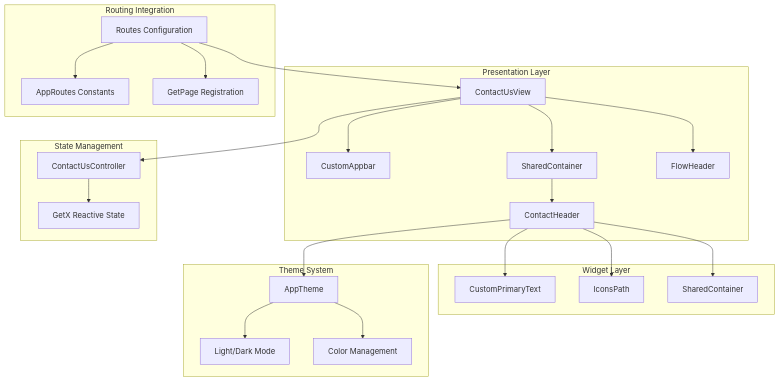
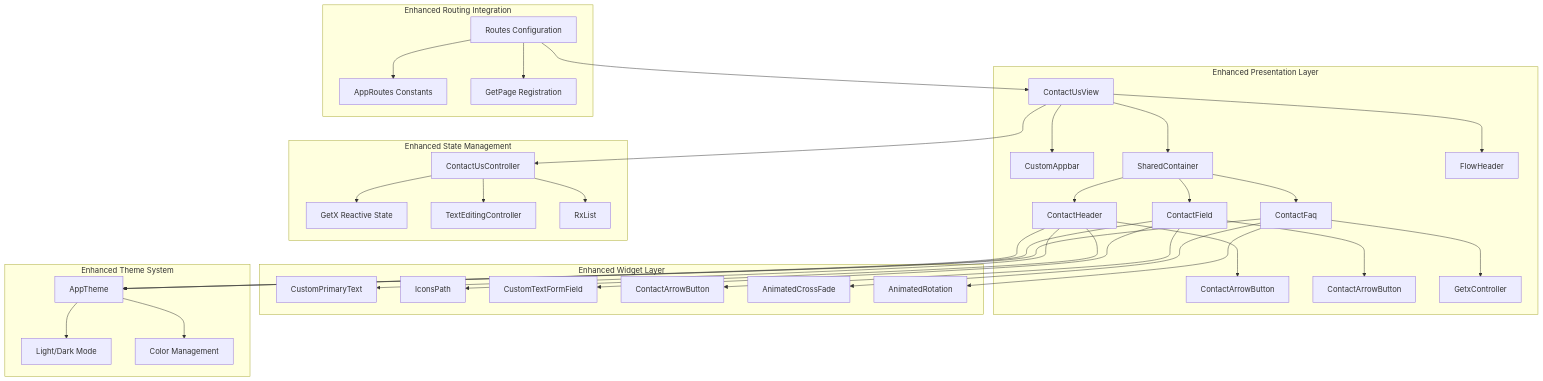
One commit to Ariful3111/FurniGo changed the second of 11 diagrams in .qoder/repowiki/en/content/Core Features/Support and Communication/Contact Us Feature.md. Above: the diagram before and after it, drawn with Mermaid. The commit also changed other lines of this file and 10 other files, not shown here.

````diff
--- a/.qoder/repowiki/en/content/Core Features/Support and Communication/Contact Us Feature.md
+++ b/.qoder/repowiki/en/content/Core Features/Support and Communication/Contact Us Feature.md
@@ -98,28 +139,40 @@
 ```mermaid
 graph TD
-subgraph "Presentation Layer"
+subgraph "Enhanced Presentation Layer"
 A[ContactUsView] --> B[CustomAppbar]
 A --> C[SharedContainer]
 A --> D[FlowHeader]
 C --> E[ContactHeader]
+C --> F[ContactField]
+C --> G[ContactFaq]
+E --> H[ContactArrowButton]
+F --> I[ContactArrowButton]
+G --> J[GetxController]
 end
-subgraph "Widget Layer"
-E --> F[CustomPrimaryText]
-E --> G[IconsPath]
-E --> H[SharedContainer]
+subgraph "Enhanced Widget Layer"
+E --> K[CustomPrimaryText]
+E --> L[IconsPath]
+F --> M[CustomTextFormField]
+F --> N[ContactArrowButton]
+G --> O[AnimatedCrossFade]
+G --> P[AnimatedRotation]
 end
-subgraph "State Management"
-I[ContactUsController] --> J[GetX Reactive State]
+subgraph "Enhanced State Management"
+Q[ContactUsController] --> R[GetX Reactive State]
+Q --> S[TextEditingController]
+Q --> T[RxList<int>]
 end
-subgraph "Routing Integration"
-K[Routes Configuration] --> L[AppRoutes Constants]
-K --> M[GetPage Registration]
+subgraph "Enhanced Routing Integration"
+U[Routes Configuration] --> V[AppRoutes Constants]
+U --> W[GetPage Registration]
 end
-subgraph "Theme System"
-N[AppTheme] --> O[Light/Dark Mode]
-N --> P[Color Management]
+subgraph "Enhanced Theme System"
+X[AppTheme] --> Y[Light/Dark Mode]
+X --> Z[Color Management]
 end
-A --> I
-E --> N
-K --> A
+A --> Q
+E --> X
+F --> X
+G --> X
+U --> A
 ```
````
